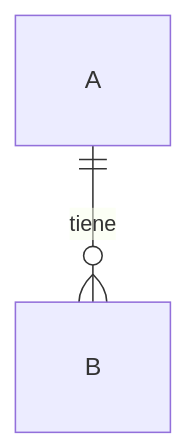
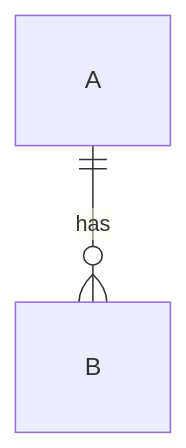
The diagram in docs/erd/PLANTILLA-ERD.md (Cheboy04/Bridge_WebPage), drawn with Mermaid before and after one commit. The commit also changed other lines of this file and 22 other files, not shown here.

````diff
--- a/docs/erd/PLANTILLA-ERD.md
+++ b/docs/erd/PLANTILLA-ERD.md
@@ -50,4 +50,4 @@
 ```mermaid
 erDiagram
-    A ||--o{ B : "tiene"
+    A ||--o{ B : "has"
 ```
````
